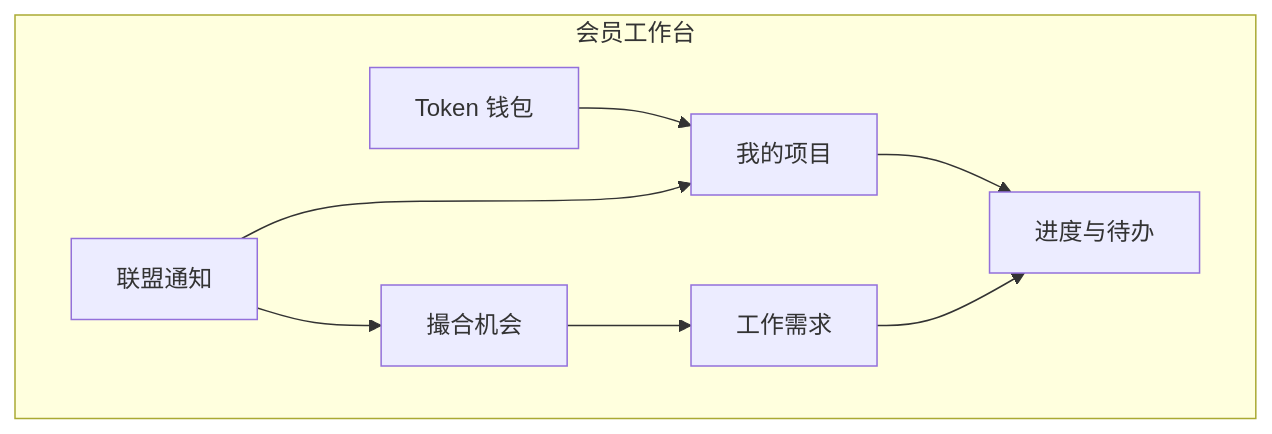
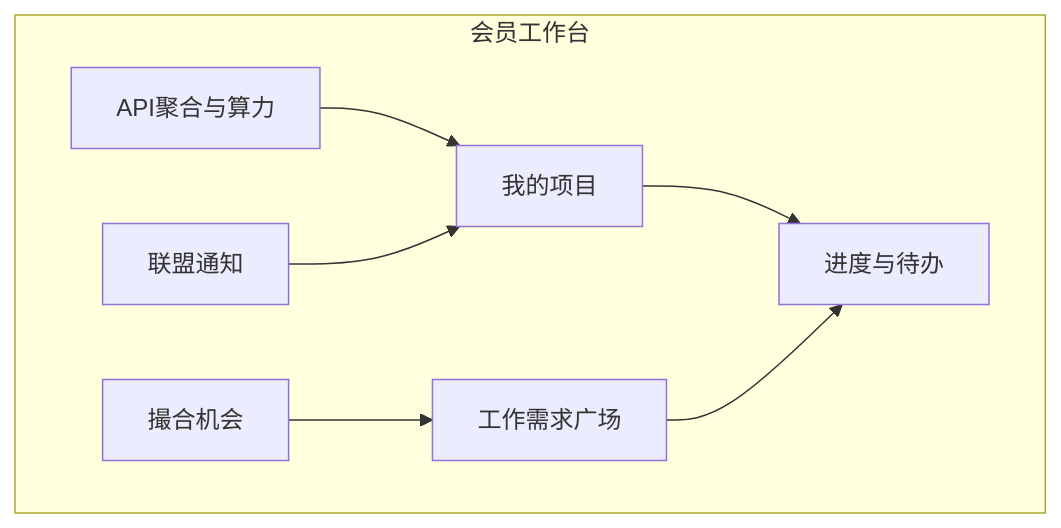
Before and after one commit to horizoncove/openclaw-lite: the diagram in xian-drama-saas/docs/PRD.md, drawn with Mermaid. The commit also changed other lines of this file and 2 other files, not shown here.

````diff
--- a/xian-drama-saas/docs/PRD.md
+++ b/xian-drama-saas/docs/PRD.md
@@ -47,17 +53,16 @@
 ```mermaid
 flowchart TB
   subgraph Member[会员工作台]
     P[我的项目]
-    R[工作需求]
+    R[工作需求广场]
     G[进度与待办]
-    T[Token 钱包]
+    A[API聚合与算力]
     M[撮合机会]
     N[联盟通知]
   end
   P --> G
   R --> G
+  A --> P
   M --> R
-  T --> P
   N --> P
-  N --> M
 ```
````
